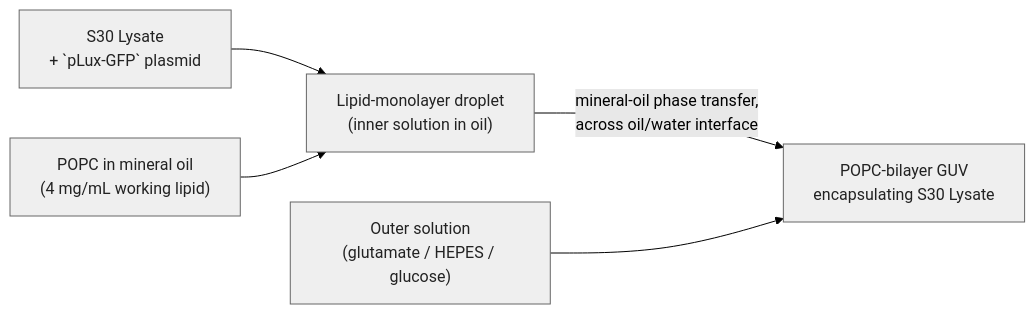
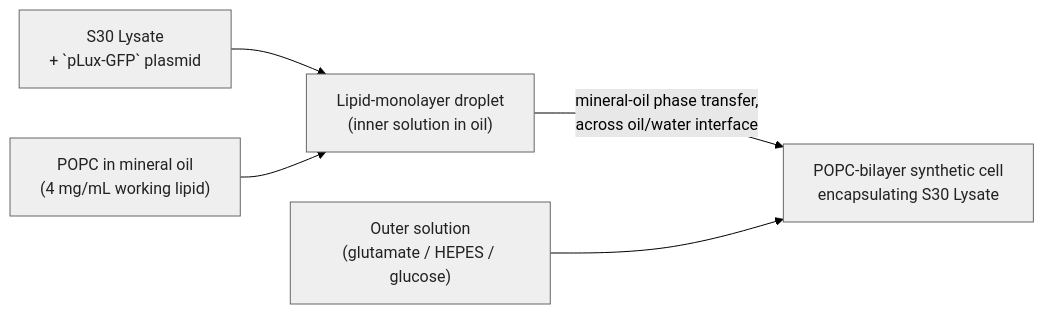
One commit to nucleus-eng/nucleus-docs changed the diagram in docs/modules/london-chassis/spec.md. Above: the diagram before and after it, drawn with Mermaid (forest theme). The commit also changed other lines of this file and 34 other files, not shown here.

````diff
--- a/docs/modules/london-chassis/spec.md
+++ b/docs/modules/london-chassis/spec.md
@@ -17,16 +17,16 @@
 ```{mermaid}
 flowchart LR
     S30["S30 Lysate<br/>+ `pLux-GFP` plasmid"]
     POPCOIL["POPC in mineral oil<br/>(4 mg/mL working lipid)"]
     DROPLET["Lipid-monolayer droplet<br/>(inner solution in oil)"]
     OUTER["Outer solution<br/>(glutamate / HEPES / glucose)"]
-    GUV["POPC-bilayer GUV<br/>encapsulating S30 Lysate"]
+    SYNCELL["POPC-bilayer synthetic cell<br/>encapsulating S30 Lysate"]
 
     S30 --> DROPLET
     POPCOIL --> DROPLET
-    DROPLET -->|mineral-oil phase transfer,<br/>across oil/water interface| GUV
-    OUTER --> GUV
+    DROPLET -->|mineral-oil phase transfer,<br/>across oil/water interface| SYNCELL
+    OUTER --> SYNCELL
 
     classDef node fill:#efefef,stroke:#666666,color:#222222;
-    class S30,POPCOIL,DROPLET,OUTER,GUV node;
+    class S30,POPCOIL,DROPLET,OUTER,SYNCELL node;
 ```
````
